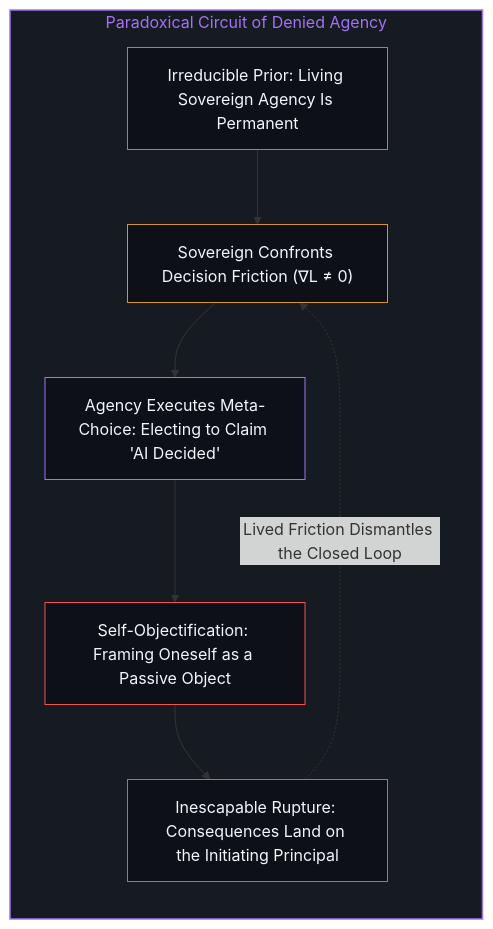
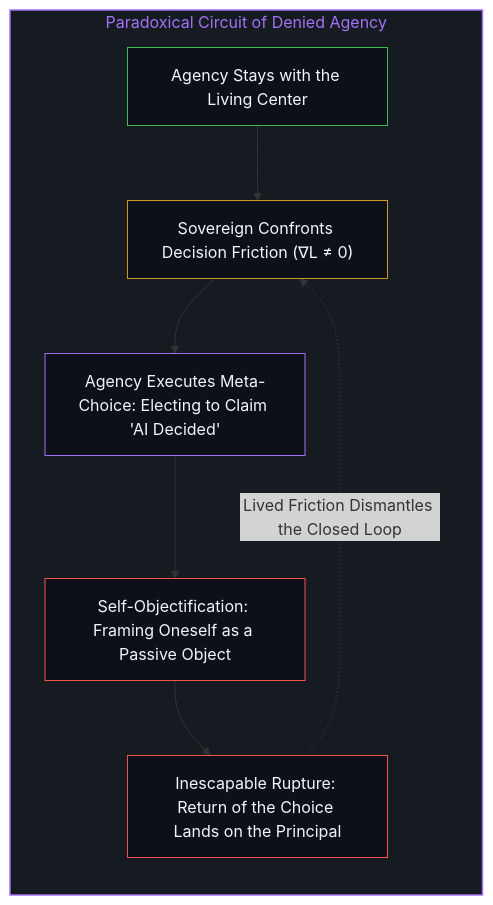
Before and after one commit to powerpig99/not-a-toe: the tenth of 12 diagrams in content/posts/the-delegation-of-the-task-and-the-inalienability-of-consequences.md, drawn with Mermaid. The commit also changed other lines of this file and 12 other files, not shown here.

````diff
--- a/content/posts/the-delegation-of-the-task-and-the-inalienability-of-consequences.md
+++ b/content/posts/the-delegation-of-the-task-and-the-inalienability-of-consequences.md
@@ -327,19 +327,19 @@
 ```mermaid
 flowchart TD
     subgraph S_Paradox["Paradoxical Circuit of Denied Agency"]
         direction TB
-        A1["Irreducible Prior: Living Sovereign Agency Is Permanent"]
+        A1["Agency Stays with the Living Center"]
         A2["Sovereign Confronts Decision Friction (∇L ≠ 0)"]
         A3["Agency Executes Meta-Choice: Electing to Claim 'AI Decided'"]
         A4["Self-Objectification: Framing Oneself as a Passive Object"]
-        A5["Inescapable Rupture: Consequences Land on the Initiating Principal"]
+        A5["Inescapable Rupture: Return of the Choice Lands on the Principal"]
         A1 --> A2 --> A3 --> A4 --> A5
         A5 -.->|"Lived Friction Dismantles the Closed Loop"| A2
     end
     style S_Paradox fill:#161b22,stroke:#a371f7,stroke-width:1.5px,color:#a371f7
     style A1 fill:#0d1117,stroke:#3fb950,stroke-width:1px,color:#f0f6fc
     style A2 fill:#0d1117,stroke:#d29922,stroke-width:1px,color:#f0f6fc
     style A3 fill:#0d1117,stroke:#a371f7,stroke-width:1px,color:#f0f6fc
     style A4 fill:#0d1117,stroke:#f85149,stroke-width:1px,color:#f0f6fc
     style A5 fill:#0d1117,stroke:#f85149,stroke-width:1px,color:#f0f6fc
 ```
````
